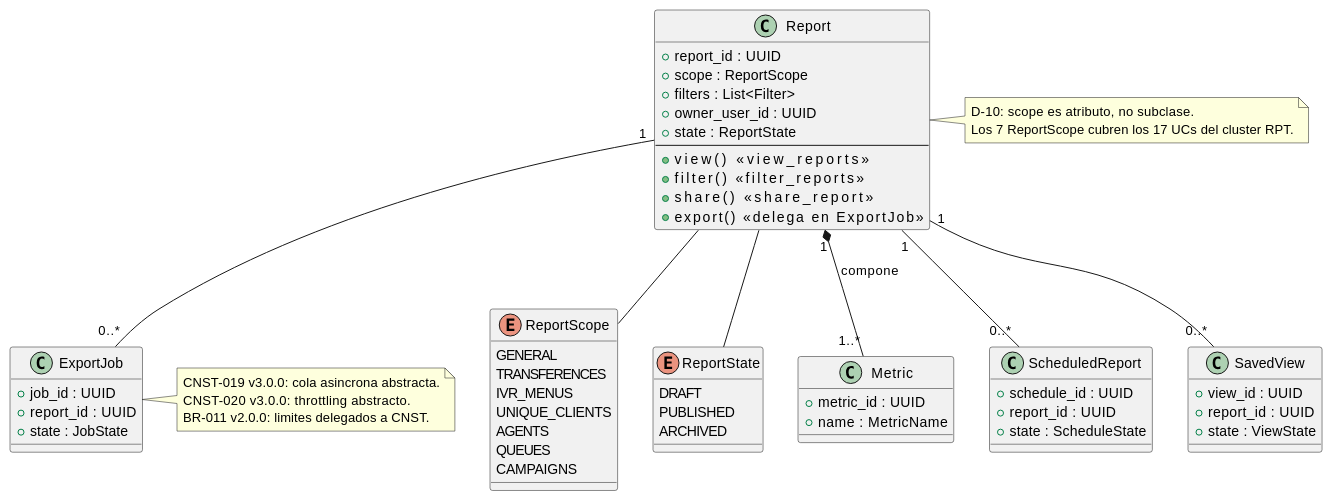
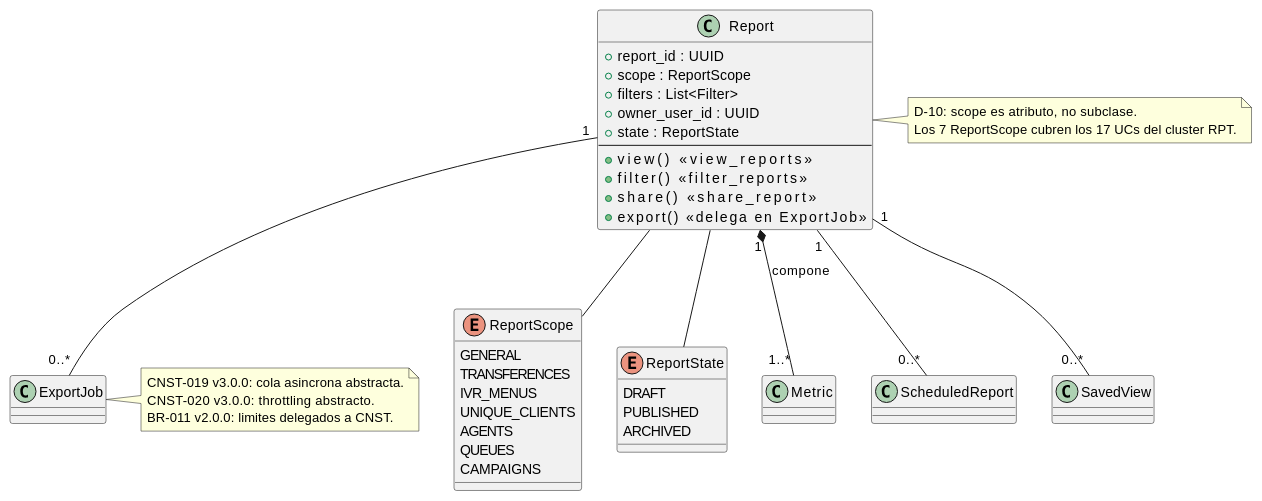
The diagram in source/arquitectura-tecnica/domain-model/report.rst (jcg-admin/IACT-docs), drawn with PlantUML before and after one commit. The commit also changed other lines of this file and 6 other files, not shown here.

```diff
--- a/source/arquitectura-tecnica/domain-model/report.rst
+++ b/source/arquitectura-tecnica/domain-model/report.rst
@@ -25,76 +25,57 @@
 .. uml::
  :caption: Clase Report — reporte con scope canonico.
 
  @startuml
 
  class Report {
    + report_id : UUID
    + scope : ReportScope
    + filters : List<Filter>
    + owner_user_id : UUID
    + state : ReportState
    --
    + view()                <<view_reports>>
    + filter()              <<filter_reports>>
    + share()               <<share_report>>
    + export()              <<delega en ExportJob>>
  }
 
  enum ReportScope {
    GENERAL
    TRANSFERENCES
    IVR_MENUS
    UNIQUE_CLIENTS
    AGENTS
    QUEUES
    CAMPAIGNS
  }
 
  enum ReportState {
    DRAFT
    PUBLISHED
    ARCHIVED
  }
 
- class Metric {
-   + metric_id : UUID
-   + name : MetricName
- }
 
- class ExportJob {
-   + job_id : UUID
-   + report_id : UUID
-   + state : JobState
- }
 
- class ScheduledReport {
-   + schedule_id : UUID
-   + report_id : UUID
-   + state : ScheduleState
- }
 
- class SavedView {
-   + view_id : UUID
-   + report_id : UUID
-   + state : ViewState
- }
 
  Report -- ReportScope
  Report -- ReportState
  Report "1" *-- "1..*" Metric            : compone
  Report "1" -- "0..*" ExportJob
  Report "1" -- "0..*" ScheduledReport
  Report "1" -- "0..*" SavedView
 
  note right of Report
    D-10: scope es atributo, no subclase.
    Los 7 ReportScope cubren los 17 UCs del cluster RPT.
  end note
 
  note right of ExportJob
    CNST-019 v3.0.0: cola asincrona abstracta.
    CNST-020 v3.0.0: throttling abstracto.
    BR-011 v2.0.0: limites delegados a CNST.
  end note
 
  @enduml
```
